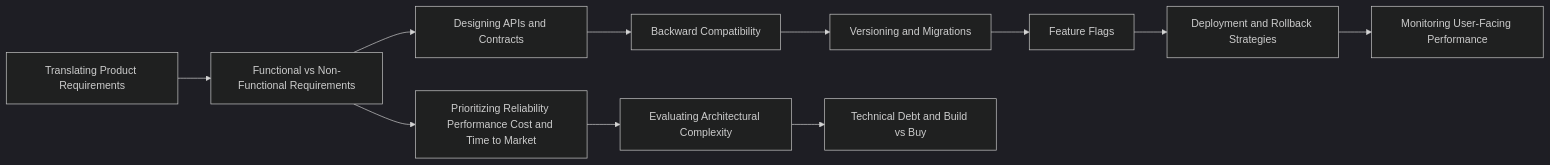
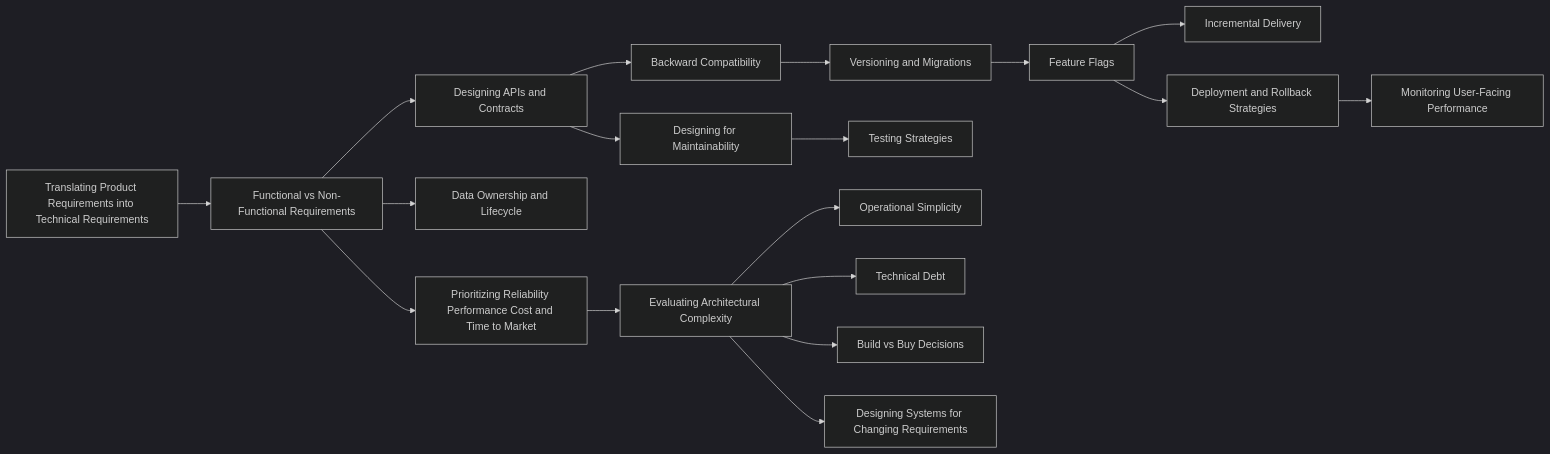
The diagram in HLD/01 HLD & System Design/Product Engineering/Product Engineering MOC.md (kunal-ladh/learn-system-design), drawn with Mermaid (dark theme) before and after one commit. The commit also changed other lines of this file and 195 other files, not shown here.

````diff
--- a/HLD/01 HLD & System Design/Product Engineering/Product Engineering MOC.md
+++ b/HLD/01 HLD & System Design/Product Engineering/Product Engineering MOC.md
@@ -23,13 +25,21 @@
 ```mermaid
 flowchart LR
-    A[Translating Product Requirements] --> B[Functional vs Non-Functional Requirements]
+    A[Translating Product Requirements into Technical Requirements] --> B[Functional vs Non-Functional Requirements]
     B --> C[Prioritizing Reliability Performance Cost and Time to Market]
+    B --> DO[Data Ownership and Lifecycle]
     B --> D[Designing APIs and Contracts]
     D --> E[Backward Compatibility]
     E --> F[Versioning and Migrations]
     F --> G[Feature Flags]
+    G --> ID[Incremental Delivery]
     G --> H[Deployment and Rollback Strategies]
     H --> I[Monitoring User-Facing Performance]
+    D --> DM[Designing for Maintainability]
+    DM --> TS[Testing Strategies]
     C --> J[Evaluating Architectural Complexity]
-    J --> K[Technical Debt and Build vs Buy]
+    J --> OS[Operational Simplicity]
+    J --> K1[Technical Debt]
+    J --> K2[Build vs Buy Decisions]
+    J --> CR[Designing Systems for Changing Requirements]
+    class A,B,C,CR,D,DM,DO,E,F,G,H,I,ID,J,K1,K2,OS,TS internal-link;
 ```
````
